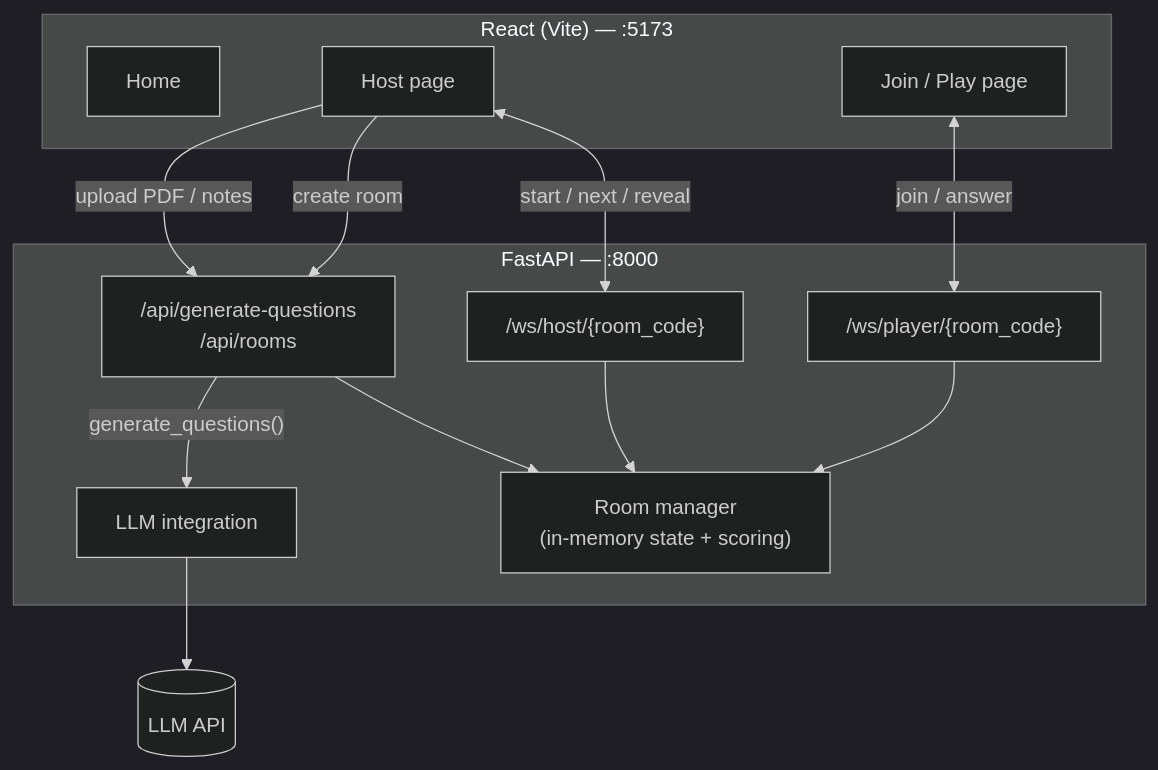
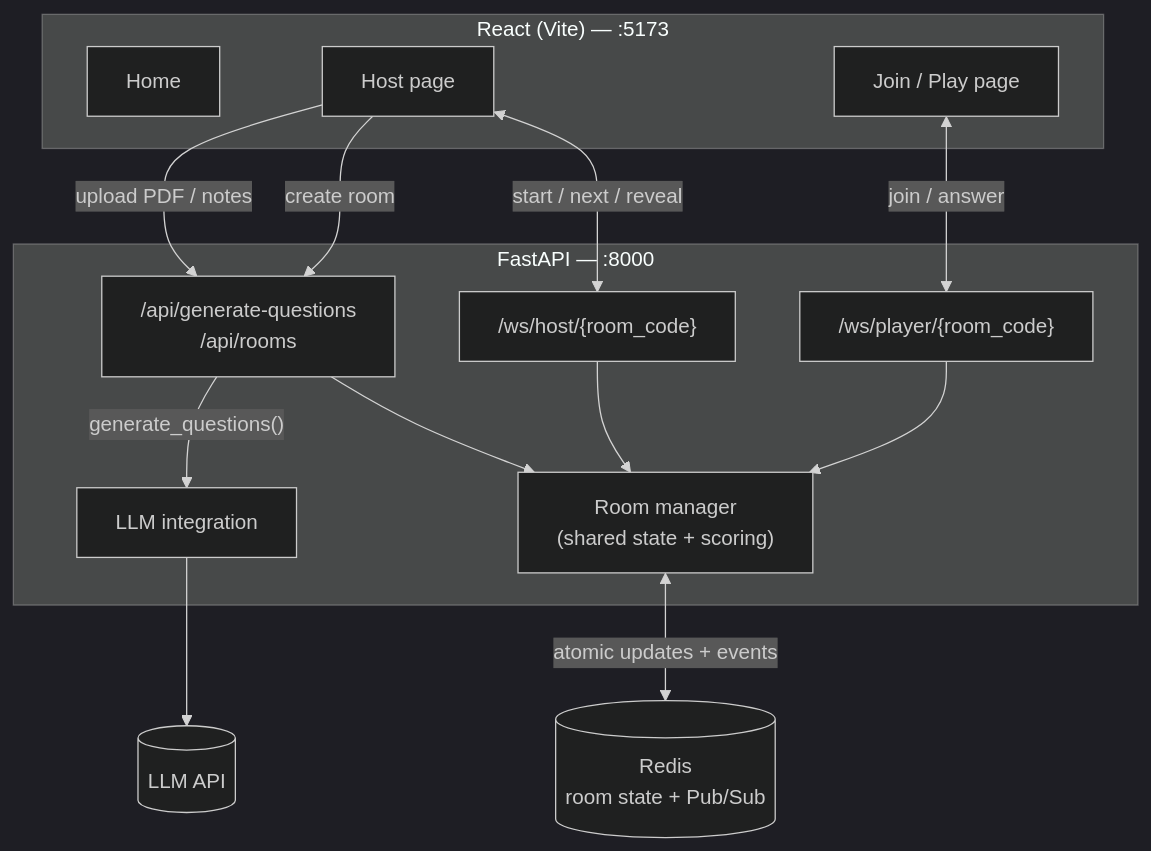
Before and after one commit to oree-xx/StudyWars: the second of 2 diagrams in README.md, drawn with Mermaid (dark theme). The commit also changed other lines of this file and 12 other files, not shown here.

````diff
--- a/README.md
+++ b/README.md
@@ -115,24 +117,26 @@
 ```mermaid
 flowchart TB
     subgraph Client["React (Vite) — :5173"]
         Home["Home"]
         Host["Host page"]
         Join["Join / Play page"]
     end
 
     subgraph Server["FastAPI — :8000"]
         HTTP["/api/generate-questions<br/>/api/rooms"]
         WSHost["/ws/host/{room_code}"]
         WSPlayer["/ws/player/{room_code}"]
-        Rooms["Room manager<br/>(in-memory state + scoring)"]
+        Rooms["Room manager<br/>(shared state + scoring)"]
         AI["LLM integration"]
     end
 
     LLM[("LLM API")]
+    Redis[("Redis<br/>room state + Pub/Sub")]
 
     Host -- "upload PDF / notes" --> HTTP
     HTTP -- "generate_questions()" --> AI --> LLM
     Host -- "create room" --> HTTP --> Rooms
     Host <-- "start / next / reveal" --> WSHost --> Rooms
     Join <-- "join / answer" --> WSPlayer --> Rooms
+    Rooms <-- "atomic updates + events" --> Redis
 ```
````
